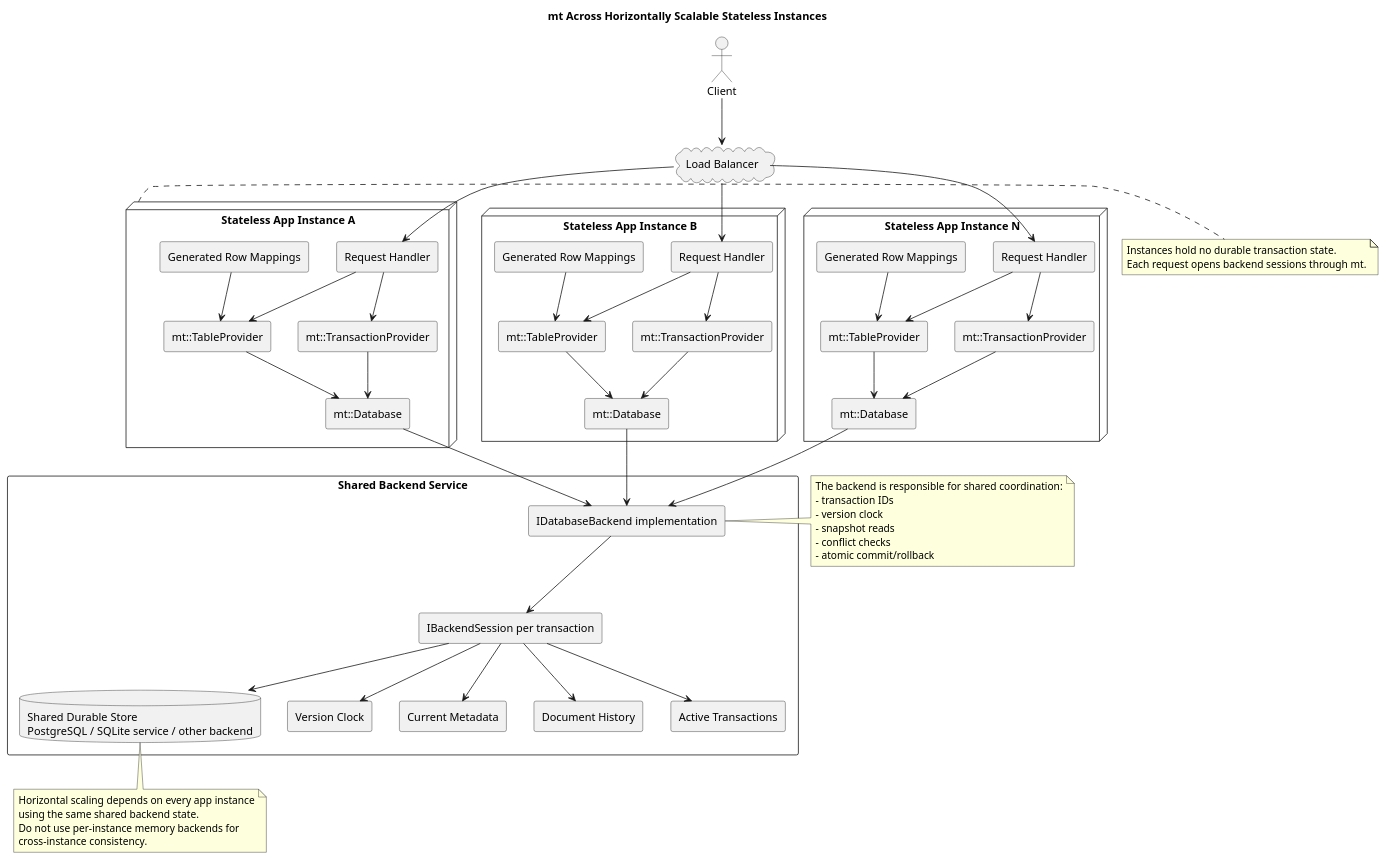
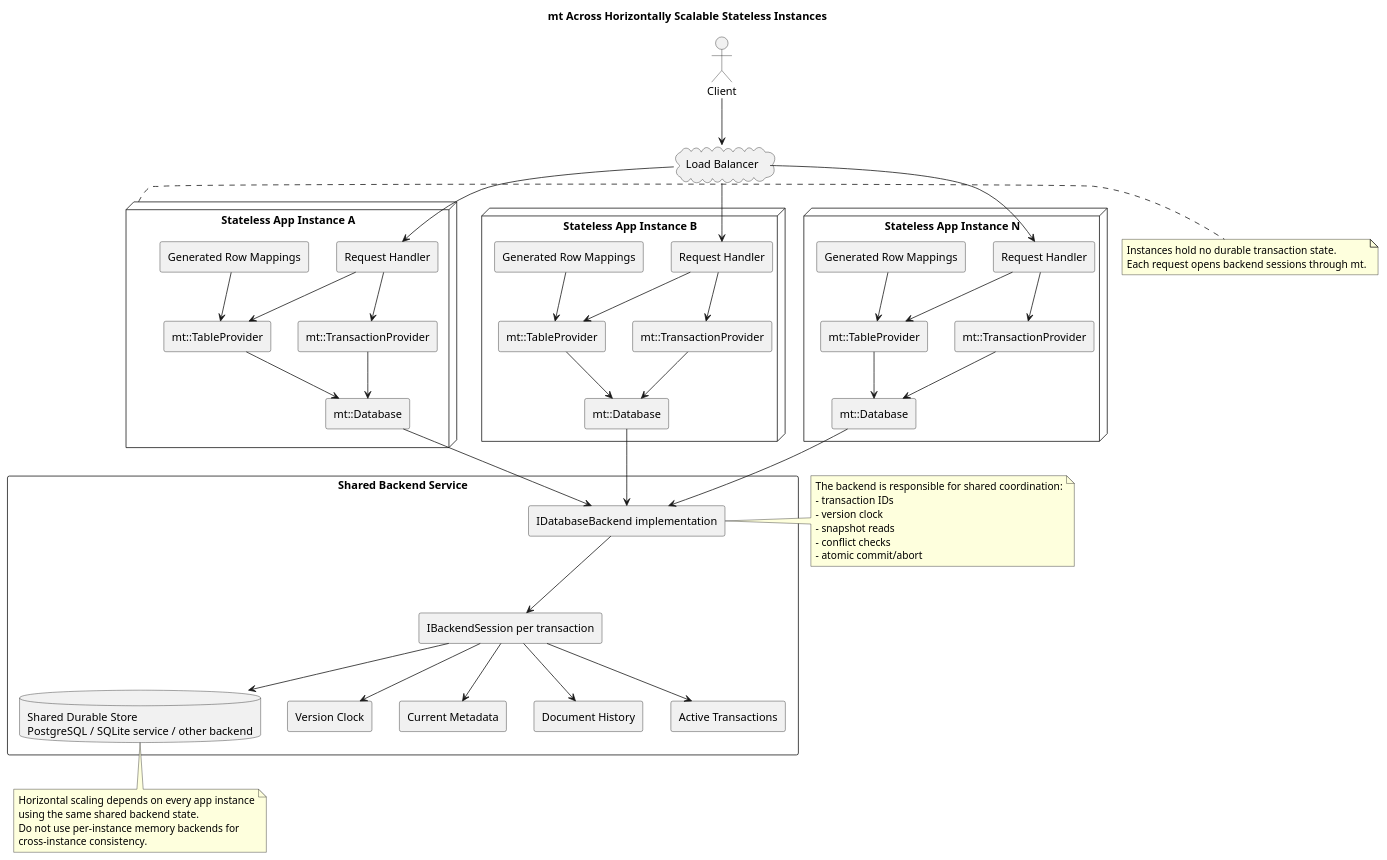
One commit to mhendric1436/mt changed the first of 2 diagrams in docs/mt_stateless_instances.puml. Above: the diagram before and after it, drawn with PlantUML. The commit also changed 8 other files, not shown here.

Commit message:
Rename backend rollback hook to abort

```diff
--- a/docs/mt_stateless_instances.puml
+++ b/docs/mt_stateless_instances.puml
@@ -1,104 +1,104 @@
 @startuml mt_stateless_instances
 
 title mt Across Horizontally Scalable Stateless Instances
 
 skinparam componentStyle rectangle
 skinparam packageStyle rectangle
 skinparam shadowing false
 
 actor Client
 
 cloud "Load Balancer" as LoadBalancer
 
 node "Stateless App Instance A" as AppA {
   [Request Handler] as HandlerA
   [mt::Database] as DatabaseA
   [mt::TransactionProvider] as TxProviderA
   [mt::TableProvider] as TableProviderA
   [Generated Row Mappings] as MappingsA
 }
 
 node "Stateless App Instance B" as AppB {
   [Request Handler] as HandlerB
   [mt::Database] as DatabaseB
   [mt::TransactionProvider] as TxProviderB
   [mt::TableProvider] as TableProviderB
   [Generated Row Mappings] as MappingsB
 }
 
 node "Stateless App Instance N" as AppN {
   [Request Handler] as HandlerN
   [mt::Database] as DatabaseN
   [mt::TransactionProvider] as TxProviderN
   [mt::TableProvider] as TableProviderN
   [Generated Row Mappings] as MappingsN
 }
 
 package "Shared Backend Service" {
   [IDatabaseBackend implementation] as Backend
   [IBackendSession per transaction] as Session
   database "Shared Durable Store\nPostgreSQL / SQLite service / other backend" as Store
   [Version Clock] as Clock
   [Current Metadata] as Metadata
   [Document History] as History
   [Active Transactions] as ActiveTx
 }
 
 Client --> LoadBalancer
 LoadBalancer --> HandlerA
 LoadBalancer --> HandlerB
 LoadBalancer --> HandlerN
 
 HandlerA --> TxProviderA
 HandlerB --> TxProviderB
 HandlerN --> TxProviderN
 
 HandlerA --> TableProviderA
 HandlerB --> TableProviderB
 HandlerN --> TableProviderN
 
 TxProviderA --> DatabaseA
 TxProviderB --> DatabaseB
 TxProviderN --> DatabaseN
 
 TableProviderA --> DatabaseA
 TableProviderB --> DatabaseB
 TableProviderN --> DatabaseN
 
 MappingsA --> TableProviderA
 MappingsB --> TableProviderB
 MappingsN --> TableProviderN
 
 DatabaseA --> Backend
 DatabaseB --> Backend
 DatabaseN --> Backend
 
 Backend --> Session
 Session --> Store
 Session --> Clock
 Session --> Metadata
 Session --> History
 Session --> ActiveTx
 
 note right of AppA
 Instances hold no durable transaction state.
 Each request opens backend sessions through mt.
 end note
 
 note right of Backend
 The backend is responsible for shared coordination:
 - transaction IDs
 - version clock
 - snapshot reads
 - conflict checks
-- atomic commit/rollback
+- atomic commit/abort
 end note
 
 note bottom of Store
 Horizontal scaling depends on every app instance
 using the same shared backend state.
 Do not use per-instance memory backends for
 cross-instance consistency.
 end note
 
 @enduml
```
